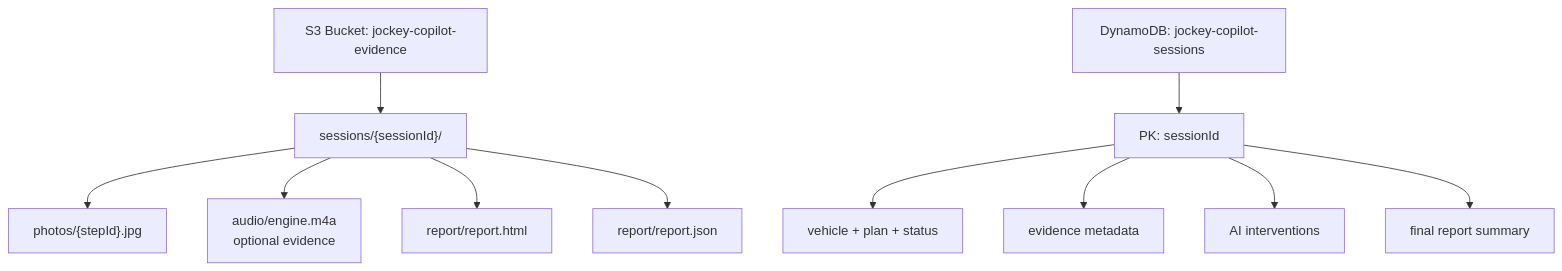
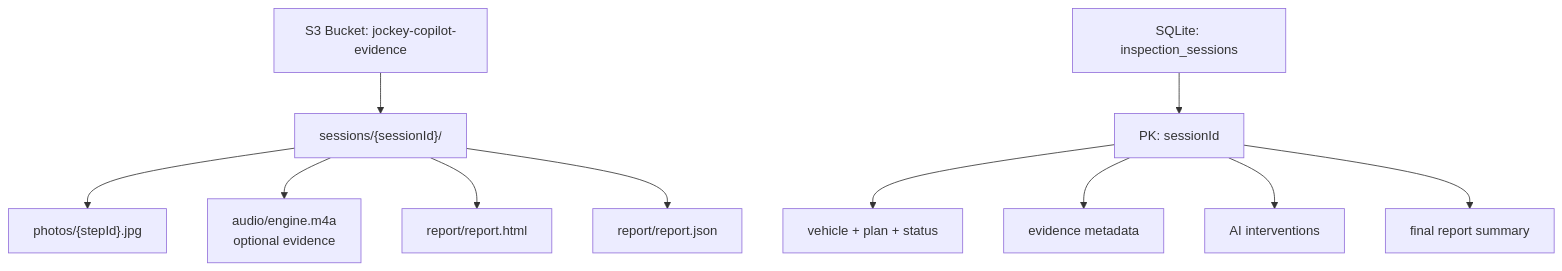
Diagram 15 of 20 in ARCHITECTURE.md (adityabhattad2021/Inspection-Copilot), drawn with Mermaid before and after one commit. The commit also changed other lines of this file and 29 other files, not shown here.

````diff
--- a/ARCHITECTURE.md
+++ b/ARCHITECTURE.md
@@ -572,14 +572,14 @@
 ```mermaid
 flowchart TD
   Bucket["S3 Bucket: jockey-copilot-evidence"] --> Session["sessions/{sessionId}/"]
   Session --> Photos["photos/{stepId}.jpg"]
   Session --> Audio["audio/engine.m4a<br/>optional evidence"]
   Session --> ReportHTML["report/report.html"]
   Session --> ReportJSON["report/report.json"]
 
-  Table["DynamoDB: jockey-copilot-sessions"] --> PK["PK: sessionId"]
+  Table["SQLite: inspection_sessions"] --> PK["PK: sessionId"]
   PK --> Meta["vehicle + plan + status"]
   PK --> Evidence["evidence metadata"]
   PK --> Interventions["AI interventions"]
   PK --> FinalReport["final report summary"]
 ```
````
